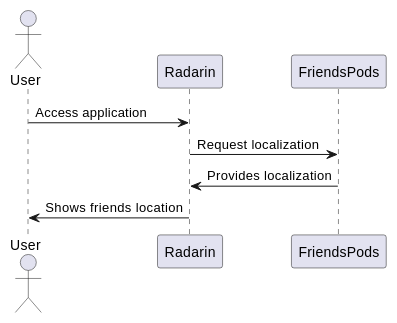
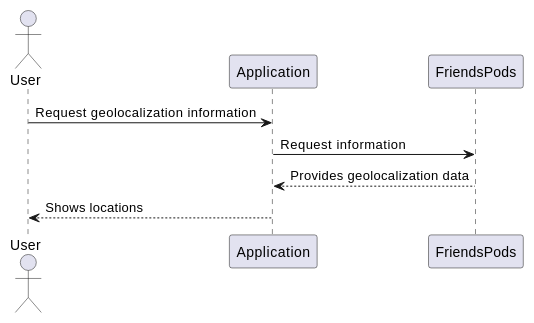
One commit to Arquisoft/radarin_es3a changed the third of 3 diagrams in webapp/docs/06_runtime_view.adoc. Above: the diagram before and after it, drawn with PlantUML. The commit also changed other lines of this file, not shown here.

```diff
--- a/webapp/docs/06_runtime_view.adoc
+++ b/webapp/docs/06_runtime_view.adoc
@@ -60,8 +65,8 @@
 [plantuml,"Geolocate friends diagram",png]
 ----
 actor User
-User -> Radarin: Access application
-Radarin -> FriendsPods: Request localization
-FriendsPods -> Radarin: Provides localization
-Radarin -> User: Shows friends location
+User -> Application: Request geolocalization information
+Application -> FriendsPods: Request information
+FriendsPods --> Application: Provides geolocalization data
+Application --> User: Shows locations
 ----
```
